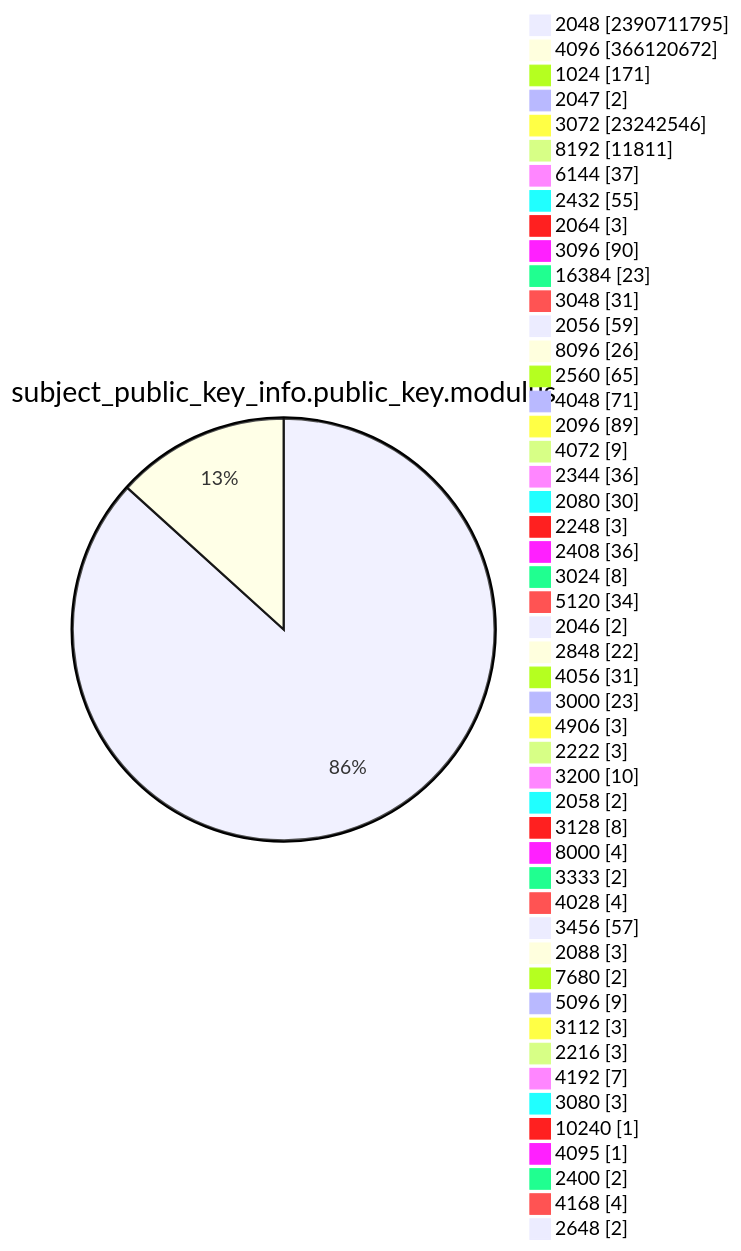
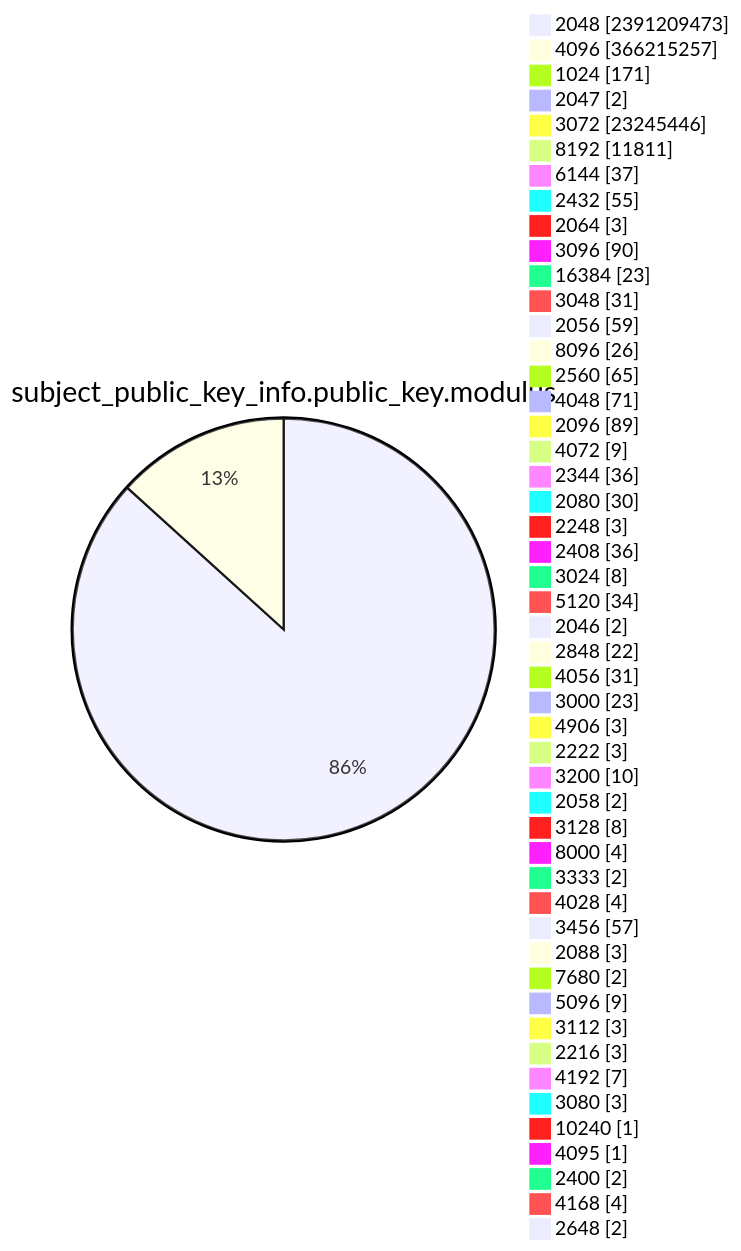
One commit to christiankrug/ctmonitor_visualization changed diagram 13 of 15 in TOTAL/README.md. Above: the diagram before and after it, drawn with Mermaid. The commit also changed other lines of this file, not shown here.

````diff
--- a/TOTAL/README.md
+++ b/TOTAL/README.md
@@ -4167,53 +4167,53 @@
 ```mermaid
 pie showData
 title subject_public_key_info.public_key.modulus
-"2048" :2390711795
-"4096" :366120672
+"2048" :2391209473
+"4096" :366215257
 "1024" :171
 "2047" :2
-"3072" :23242546
+"3072" :23245446
 "8192" :11811
 "6144" :37
 "2432" :55
 "2064" :3
 "3096" :90
 "16384" :23
 "3048" :31
 "2056" :59
 "8096" :26
 "2560" :65
 "4048" :71
 "2096" :89
 "4072" :9
 "2344" :36
 "2080" :30
 "2248" :3
 "2408" :36
 "3024" :8
 "5120" :34
 "2046" :2
 "2848" :22
 "4056" :31
 "3000" :23
 "4906" :3
 "2222" :3
 "3200" :10
 "2058" :2
 "3128" :8
 "8000" :4
 "3333" :2
 "4028" :4
 "3456" :57
 "2088" :3
 "7680" :2
 "5096" :9
 "3112" :3
 "2216" :3
 "4192" :7
 "3080" :3
 "10240" :1
 "4095" :1
 "2400" :2
 "4168" :4
 "2648" :2
 ```
````
